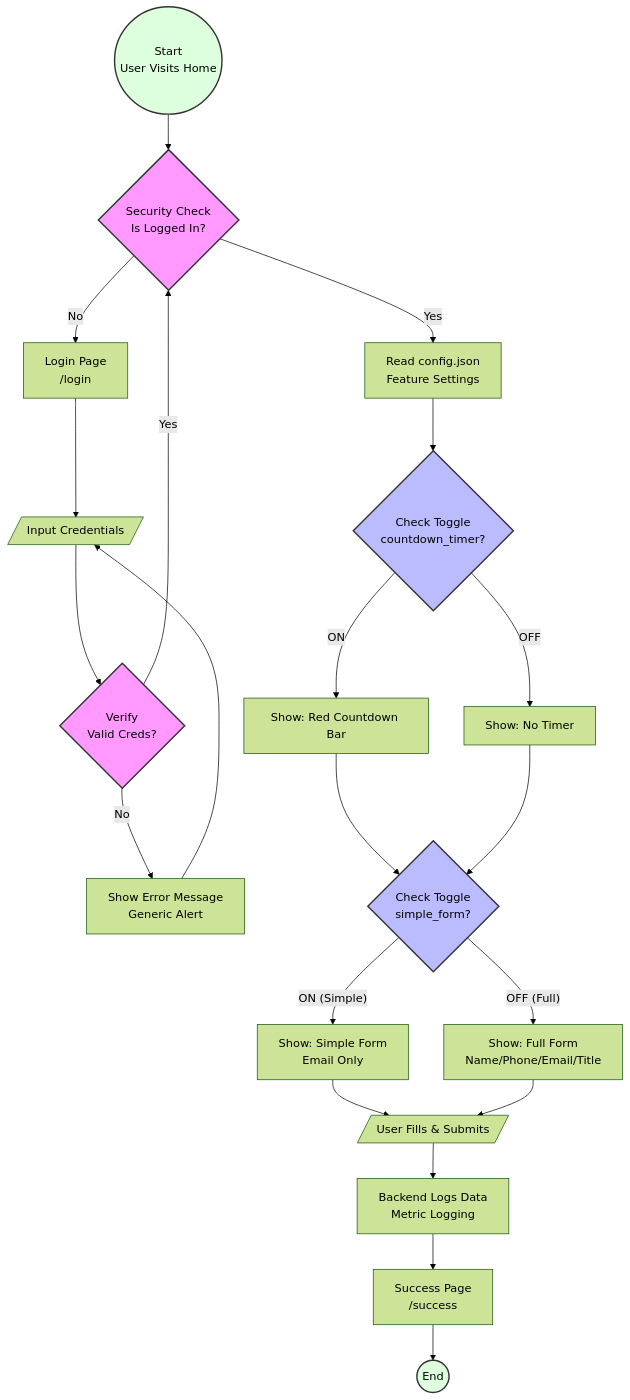
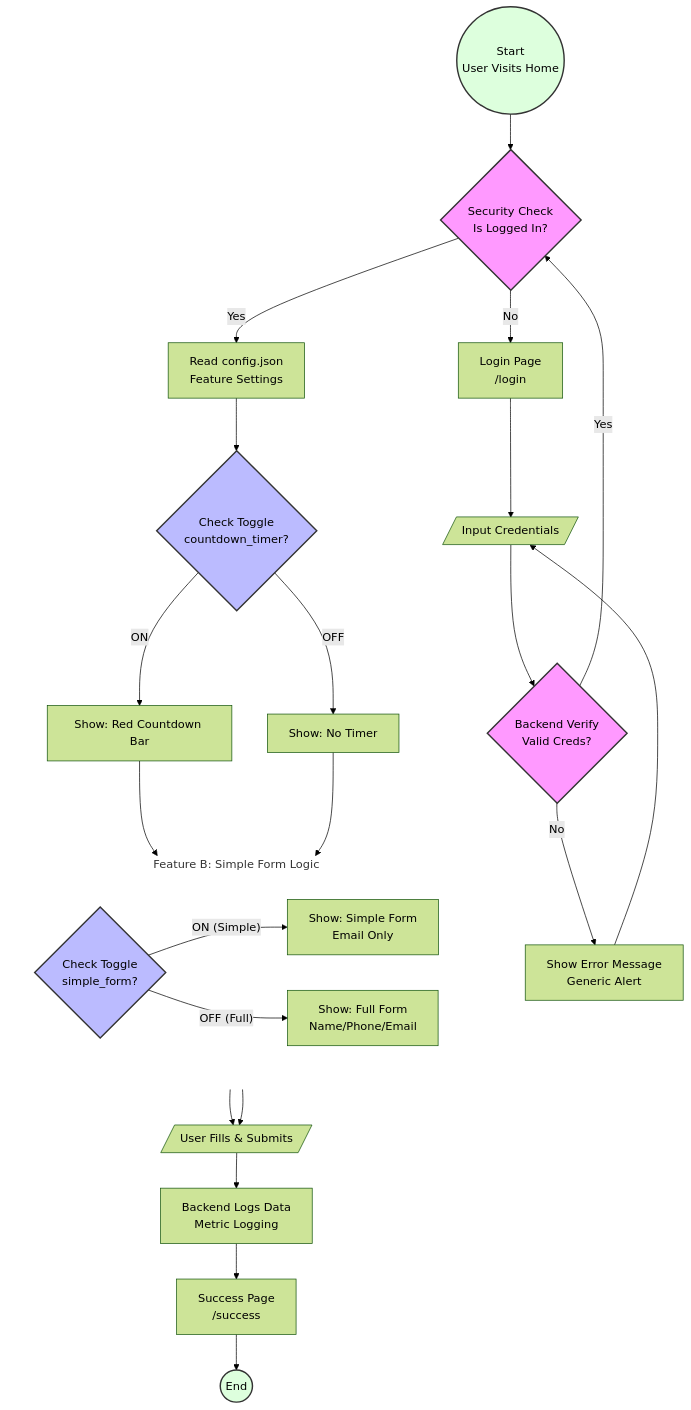
One commit to Kiwi-Peng/hw11 changed the diagram in README.md. Above: the diagram before and after it, drawn with Mermaid (forest theme).

````diff
--- a/README.md
+++ b/README.md
@@ -3,45 +3,55 @@
 ```mermaid
 flowchart TD
     Start((Start<br>User Visits Home)) --> CheckSession{Security Check<br>Is Logged In?}
     
     %% A&A Authentication Flow
     CheckSession -- No --> LoginPage[Login Page<br>/login]
     LoginPage --> InputCreds[/Input Credentials/]
-    InputCreds --> VerifyCreds{Verify<br>Valid Creds?}
+    InputCreds --> VerifyCreds{Backend Verify<br>Valid Creds?}
     VerifyCreds -- No --> ShowError[Show Error Message<br>Generic Alert]
     ShowError --> InputCreds
     
-    %% 修改點：驗證成功後直接連回檢查點
+    %% 驗證成功回連
     VerifyCreds -- Yes --> CheckSession
     
     %% Feature Toggling & UI Rendering
     CheckSession -- Yes --> ReadConfig[Read config.json<br>Feature Settings]
     ReadConfig --> ToggleTimer{Check Toggle<br>countdown_timer?}
     
-    %% Feature A: Countdown Timer
+    %% Feature A: Countdown Timer (保持垂直)
     ToggleTimer -- ON --> ShowTimer[Show: Red Countdown Bar]
     ToggleTimer -- OFF --> NoTimer[Show: No Timer]
     
-    ShowTimer --> ToggleForm{Check Toggle<br>simple_form?}
+    %% 將 Feature B 包在子圖表中，強制橫向排列 (Left to Right)
+    subgraph FeatureB_Area [Feature B: Simple Form Logic]
+        direction LR
+        ToggleForm{Check Toggle<br>simple_form?}
+        
+        %% 讓這兩個選項左右排，而不是上下排
+        ToggleForm -- ON (Simple) --> SimpleUI[Show: Simple Form<br>Email Only]
+        ToggleForm -- OFF (Full) --> ComplexUI[Show: Full Form<br>Name/Phone/Email]
+    end
+
+    %% 連接 A 到 B
+    ShowTimer --> ToggleForm
     NoTimer --> ToggleForm
-    
-    %% Feature B: Simple Form
-    ToggleForm -- ON (Simple) --> SimpleUI[Show: Simple Form<br>Email Only]
-    ToggleForm -- OFF (Full) --> ComplexUI[Show: Full Form<br>Name/Phone/Email/Title]
     
     %% Interaction & End
     SimpleUI --> UserAction[/User Fills & Submits/]
     ComplexUI --> UserAction
     
     UserAction --> LogMetric[Backend Logs Data<br>Metric Logging]
     LogMetric --> SuccessPage[Success Page<br>/success]
     SuccessPage --> End((End))
 
     %% Styling
     style CheckSession fill:#f9f,stroke:#333,stroke-width:2px
     style VerifyCreds fill:#f9f,stroke:#333,stroke-width:2px
     style ToggleTimer fill:#bbf,stroke:#333,stroke-width:2px
     style ToggleForm fill:#bbf,stroke:#333,stroke-width:2px
     style Start fill:#dfd,stroke:#333,stroke-width:2px
     style End fill:#dfd,stroke:#333,stroke-width:2px
+    
+    %% 讓子圖表背景透明，看起來比較不像一個框框
+    style FeatureB_Area fill:none,stroke:none
 ```
````
